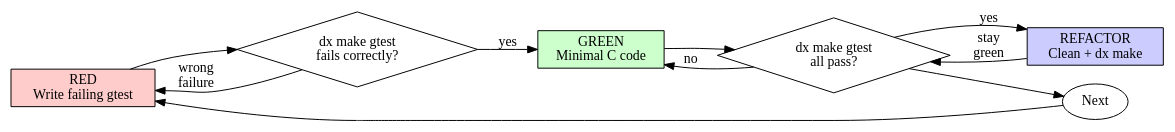
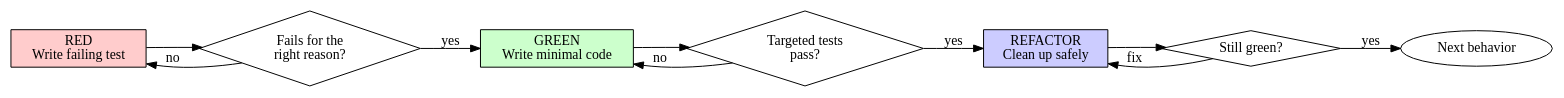
The diagram in generated/aim-harness/skills/core/test-driven-development/SKILL.md (kmj5228/aim-harness), drawn with Graphviz before and after one commit. The commit also changed other lines of this file and 50 other files, not shown here.

````diff
--- a/generated/aim-harness/skills/core/test-driven-development/SKILL.md
+++ b/generated/aim-harness/skills/core/test-driven-development/SKILL.md
@@ -49,21 +37,22 @@
 ```dot
 digraph tdd_cycle {
     rankdir=LR;
-    red [label="RED\nWrite failing gtest", shape=box, style=filled, fillcolor="#ffcccc"];
-    verify_red [label="dx make gtest\nfails correctly?", shape=diamond];
-    green [label="GREEN\nMinimal C code", shape=box, style=filled, fillcolor="#ccffcc"];
-    verify_green [label="dx make gtest\nall pass?", shape=diamond];
-    refactor [label="REFACTOR\nClean + dx make", shape=box, style=filled, fillcolor="#ccccff"];
-    next [label="Next", shape=ellipse];
+    red [label="RED\nWrite failing test", shape=box, style=filled, fillcolor="#ffcccc"];
+    verify_red [label="Fails for the\nright reason?", shape=diamond];
+    green [label="GREEN\nWrite minimal code", shape=box, style=filled, fillcolor="#ccffcc"];
+    verify_green [label="Targeted tests\npass?", shape=diamond];
+    refactor [label="REFACTOR\nClean up safely", shape=box, style=filled, fillcolor="#ccccff"];
+    verify_refactor [label="Still green?", shape=diamond];
+    next [label="Next behavior", shape=ellipse];
 
     red -> verify_red;
     verify_red -> green [label="yes"];
-    verify_red -> red [label="wrong\nfailure"];
+    verify_red -> red [label="no"];
     green -> verify_green;
     verify_green -> refactor [label="yes"];
     verify_green -> green [label="no"];
-    refactor -> verify_green [label="stay\ngreen"];
-    verify_green -> next;
-    next -> red;
+    refactor -> verify_refactor;
+    verify_refactor -> next [label="yes"];
+    verify_refactor -> refactor [label="fix"];
 }
 ```
````
